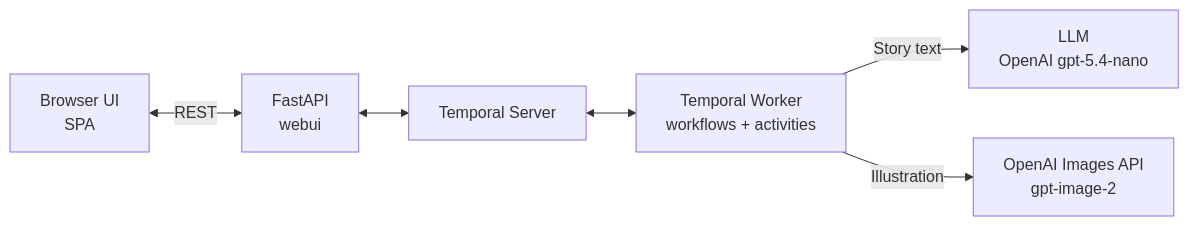
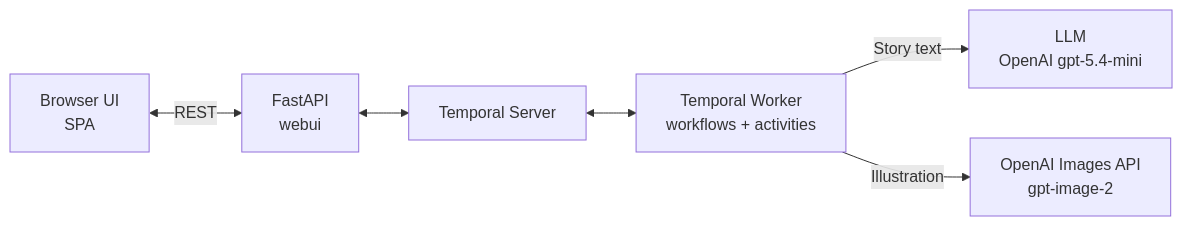
Before and after one commit to alexandreroman/temporal-bedtime-agent: the diagram in README.md, drawn with Mermaid. The commit also changed other lines of this file and 4 other files, not shown here.

First line of the commit message:
Rework story agent flow and switch default model to gpt-5.4-mini

````diff
--- a/README.md
+++ b/README.md
@@ -21,8 +21,8 @@
 ```mermaid
 graph LR
     A[Browser UI<br/>SPA] <-->|REST| B[FastAPI<br/>webui]
     B <--> C[Temporal Server]
     C <--> D[Temporal Worker<br/>workflows + activities]
-    D -->|Story text| E[LLM<br/>OpenAI gpt-5.4-nano]
+    D -->|Story text| E[LLM<br/>OpenAI gpt-5.4-mini]
     D -->|Illustration| F[OpenAI Images API<br/>gpt-image-2]
 ```
````
